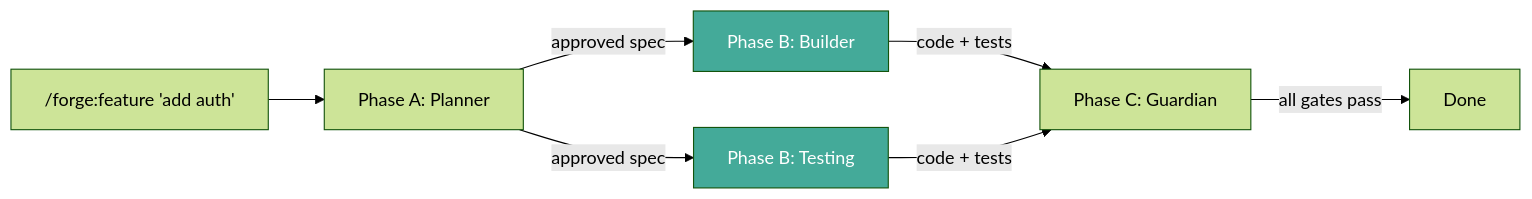
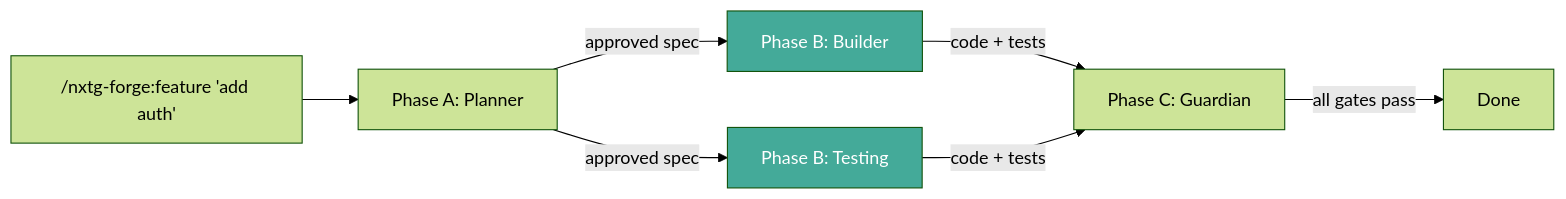
The diagram in docs/commands/feature.md (nxtg-ai/forge-plugin), drawn with Mermaid (forest theme) before and after one commit. The commit also changed other lines of this file and 93 other files, not shown here.

````diff
--- a/docs/commands/feature.md
+++ b/docs/commands/feature.md
@@ -15,10 +15,10 @@
 ```mermaid
 graph LR
-    A["/forge:feature 'add auth'"] --> B["Phase A: Planner"]
+    A["/nxtg-forge:feature 'add auth'"] --> B["Phase A: Planner"]
     B -->|approved spec| C["Phase B: Builder"]
     B -->|approved spec| D["Phase B: Testing"]
     C & D -->|code + tests| E["Phase C: Guardian"]
     E -->|all gates pass| F[Done]
     style C fill:#4a9,color:#fff
     style D fill:#4a9,color:#fff
 ```
````
